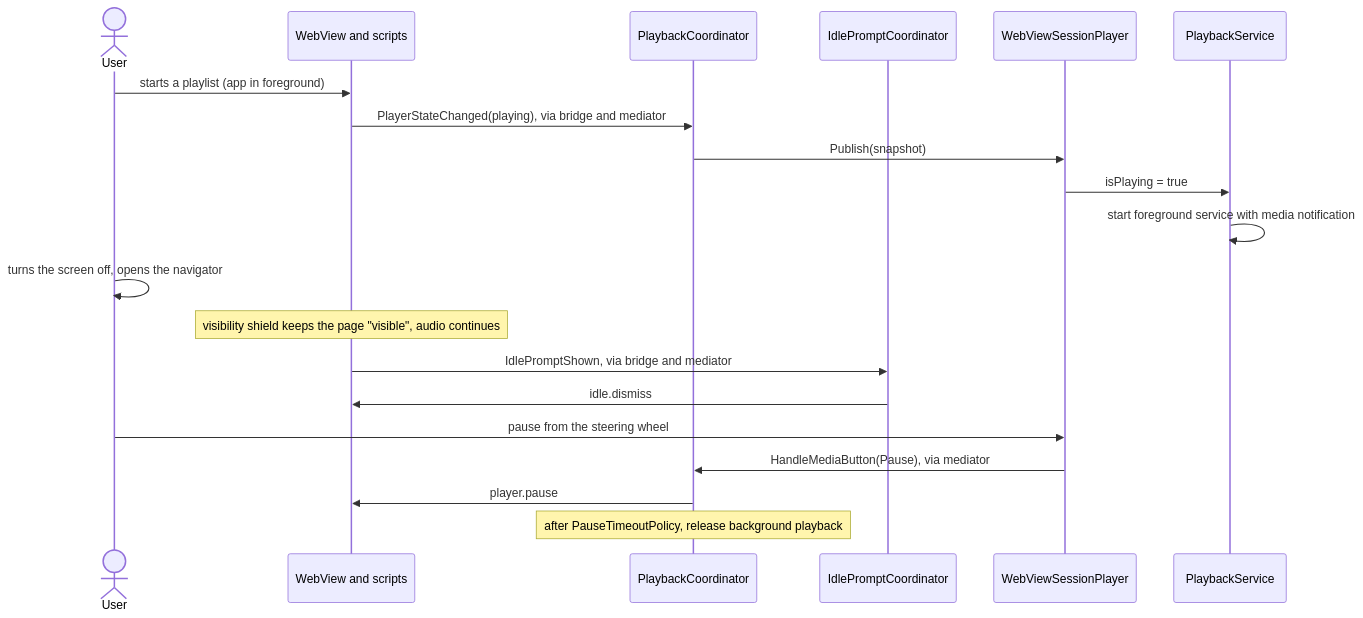
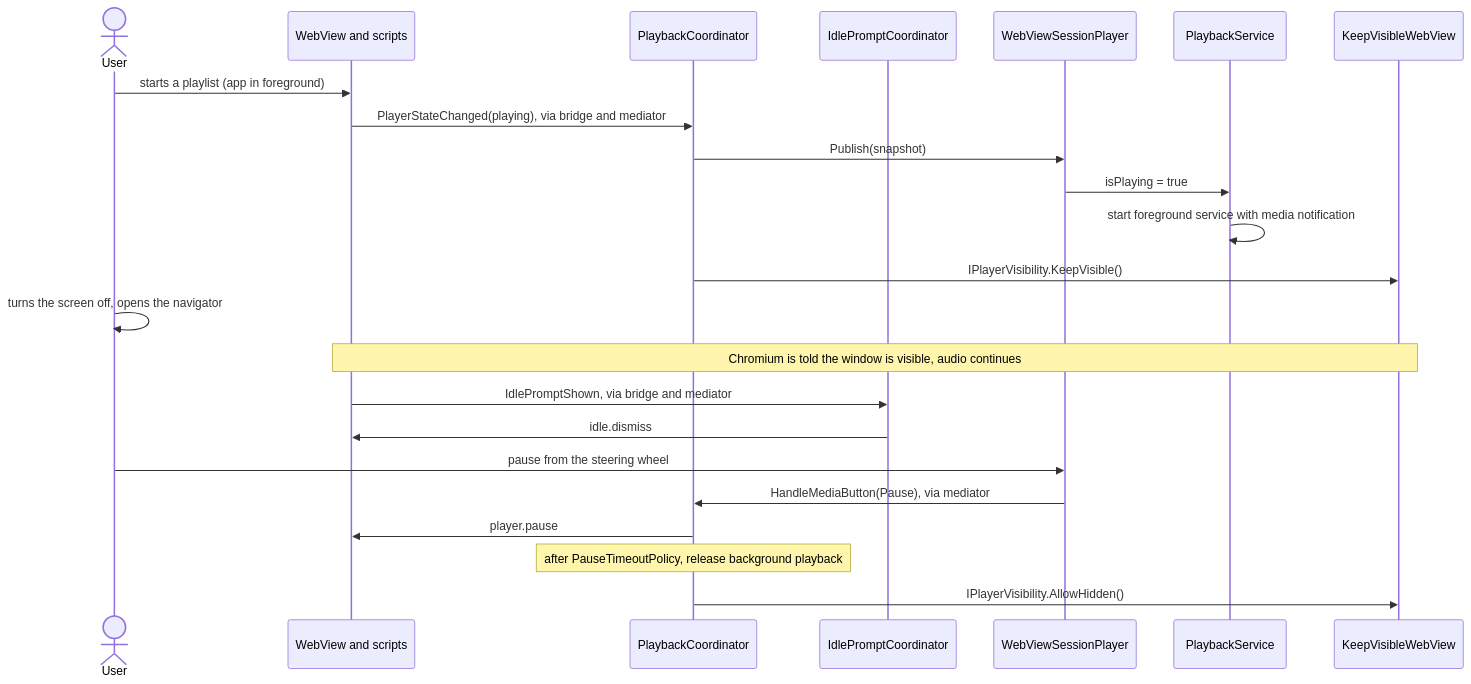
One commit to janlu89/J-HandsFree changed the seventh of 8 diagrams in docs/architecture/ARCHITECTURE.md. Above: the diagram before and after it, drawn with Mermaid. The commit also changed other lines of this file and 13 other files, not shown here.

````diff
--- a/docs/architecture/ARCHITECTURE.md
+++ b/docs/architecture/ARCHITECTURE.md
@@ -378,22 +393,25 @@
 ```mermaid
 sequenceDiagram
     actor User
     participant Page as WebView and scripts
     participant PC as PlaybackCoordinator
     participant IC as IdlePromptCoordinator
     participant Player as WebViewSessionPlayer
     participant Service as PlaybackService
+    participant View as KeepVisibleWebView
     User->>Page: starts a playlist (app in foreground)
     Page->>PC: PlayerStateChanged(playing), via bridge and mediator
     PC->>Player: Publish(snapshot)
     Player->>Service: isPlaying = true
     Service->>Service: start foreground service with media notification
+    PC->>View: IPlayerVisibility.KeepVisible()
     User->>User: turns the screen off, opens the navigator
-    Note over Page: visibility shield keeps the page "visible", audio continues
+    Note over View,Page: Chromium is told the window is visible, audio continues
     Page->>IC: IdlePromptShown, via bridge and mediator
     IC->>Page: idle.dismiss
     User->>Player: pause from the steering wheel
     Player->>PC: HandleMediaButton(Pause), via mediator
     PC->>Page: player.pause
     Note over PC: after PauseTimeoutPolicy, release background playback
+    PC->>View: IPlayerVisibility.AllowHidden()
 ```
````
